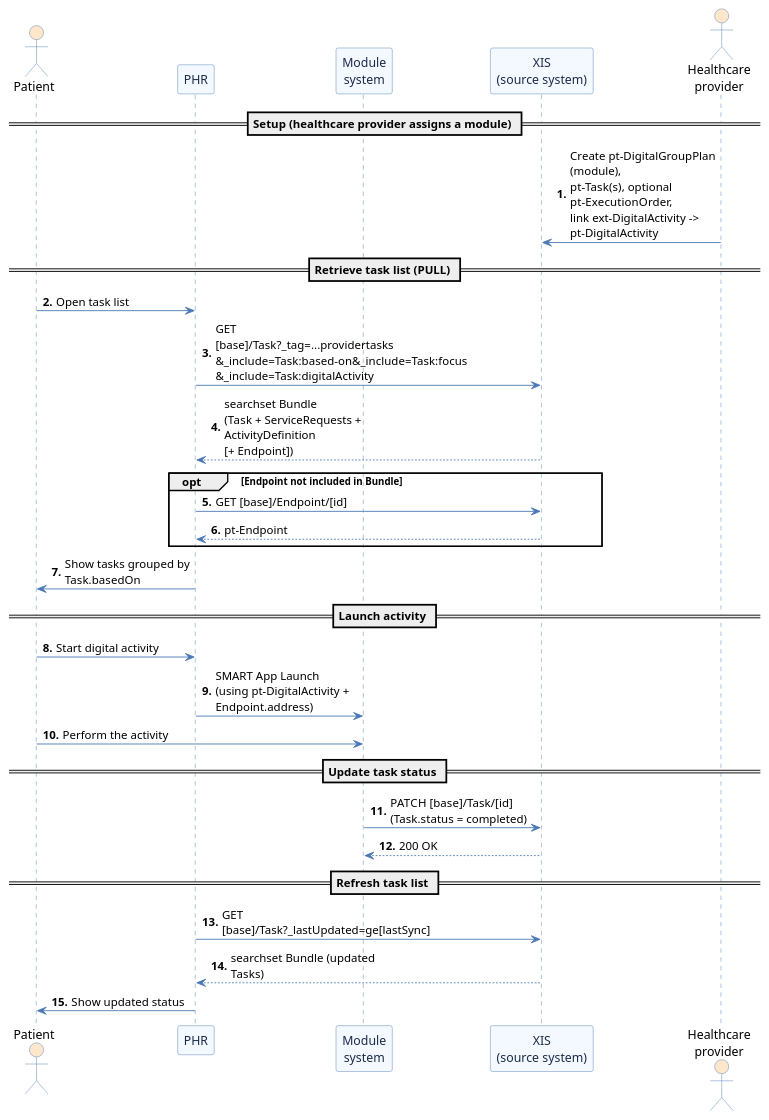
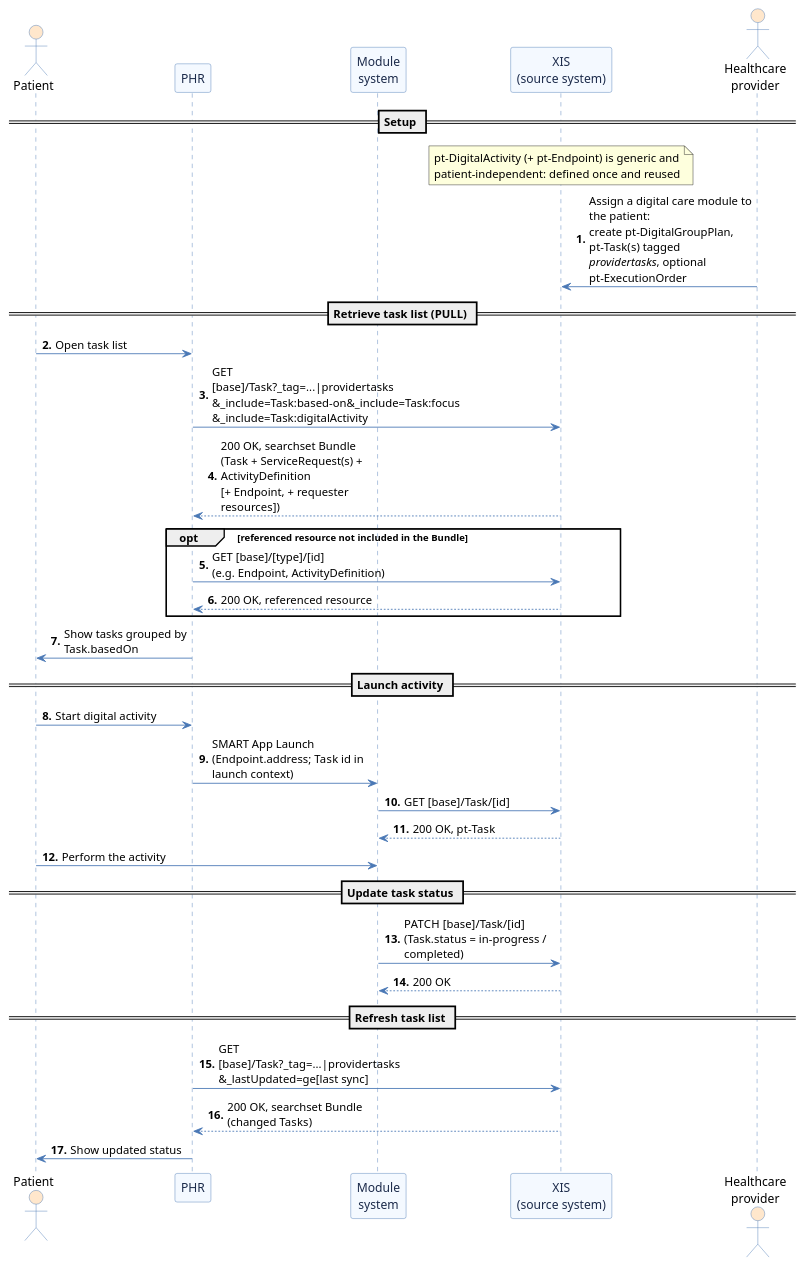
The diagram in guides/medmij-r4-provider-tasks-ig/Home/.plantuml/ProviderTasksSequence.page.md (Stichting-MedMij/MedMij-R4-AanbiedersModule), drawn with PlantUML before and after one commit. The commit also changed 4 other files, not shown here.

First line of the commit message:
Clarify JSON Patch task updates

```diff
--- a/guides/medmij-r4-provider-tasks-ig/Home/.plantuml/ProviderTasksSequence.page.md
+++ b/guides/medmij-r4-provider-tasks-ig/Home/.plantuml/ProviderTasksSequence.page.md
@@ -7,49 +7,55 @@
 @startuml
 scale max 900 width
 skinparam shadowing false
 skinparam maxMessageSize 200
 skinparam defaultFontName Segoe UI
 skinparam sequence {
   ArrowColor #4A78B5
   LifeLineBorderColor #4A78B5
   ParticipantBorderColor #4A78B5
   ParticipantBackgroundColor #F4F9FF
   ParticipantFontColor #1B2A4A
   ActorBorderColor #4A78B5
   ActorBackgroundColor #FFE7CC
 }
 autonumber "<b>0."
 
 actor Patient
 participant PHR
 participant "Module\nsystem" as MOD
 participant "XIS\n(source system)" as XIS
 actor "Healthcare\nprovider" as HP
 
-== Setup (healthcare provider assigns a module) ==
-HP -> XIS : Create pt-DigitalGroupPlan (module),\npt-Task(s), optional pt-ExecutionOrder,\nlink ext-DigitalActivity -> pt-DigitalActivity
+== Setup ==
+note over XIS
+  pt-DigitalActivity (+ pt-Endpoint) is generic and
+  patient-independent: defined once and reused
+end note
+HP -> XIS : Assign a digital care module to the patient:\ncreate pt-DigitalGroupPlan, pt-Task(s) tagged\n//providertasks//, optional pt-ExecutionOrder
 
 == Retrieve task list (PULL) ==
 Patient -> PHR : Open task list
-PHR -> XIS : GET [base]/Task?_tag=...providertasks\n&_include=Task:based-on&_include=Task:focus\n&_include=Task:digitalActivity
-XIS --> PHR : searchset Bundle\n(Task + ServiceRequests + ActivityDefinition\n[+ Endpoint])
-opt Endpoint not included in Bundle
-  PHR -> XIS : GET [base]/Endpoint/[id]
-  XIS --> PHR : pt-Endpoint
+PHR -> XIS : GET [base]/Task?_tag=...|providertasks\n&_include=Task:based-on&_include=Task:focus\n&_include=Task:digitalActivity
+XIS --> PHR : 200 OK, searchset Bundle\n(Task + ServiceRequest(s) + ActivityDefinition\n[+ Endpoint, + requester resources])
+opt referenced resource not included in the Bundle
+  PHR -> XIS : GET [base]/[type]/[id]\n(e.g. Endpoint, ActivityDefinition)
+  XIS --> PHR : 200 OK, referenced resource
 end
 PHR -> Patient : Show tasks grouped by Task.basedOn
 
 == Launch activity ==
 Patient -> PHR : Start digital activity
-PHR -> MOD : SMART App Launch\n(using pt-DigitalActivity + Endpoint.address)
+PHR -> MOD : SMART App Launch\n(Endpoint.address; Task id in launch context)
+MOD -> XIS : GET [base]/Task/[id]
+XIS --> MOD : 200 OK, pt-Task
 Patient -> MOD : Perform the activity
 
 == Update task status ==
-MOD -> XIS : PATCH [base]/Task/[id]\n(Task.status = completed)
+MOD -> XIS : PATCH [base]/Task/[id]\n(Task.status = in-progress / completed)
 XIS --> MOD : 200 OK
 
 == Refresh task list ==
-PHR -> XIS : GET [base]/Task?_lastUpdated=ge[lastSync]
-XIS --> PHR : searchset Bundle (updated Tasks)
+PHR -> XIS : GET [base]/Task?_tag=...|providertasks\n&_lastUpdated=ge[last sync]
+XIS --> PHR : 200 OK, searchset Bundle (changed Tasks)
 PHR -> Patient : Show updated status
 @enduml
```
